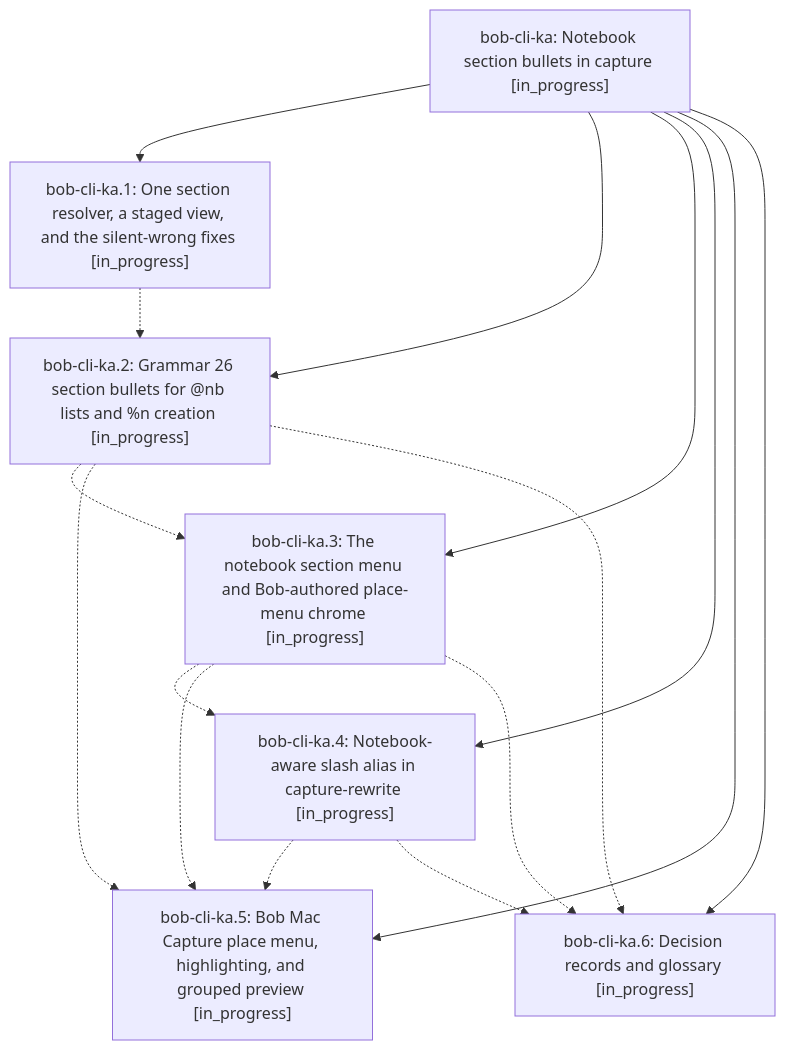
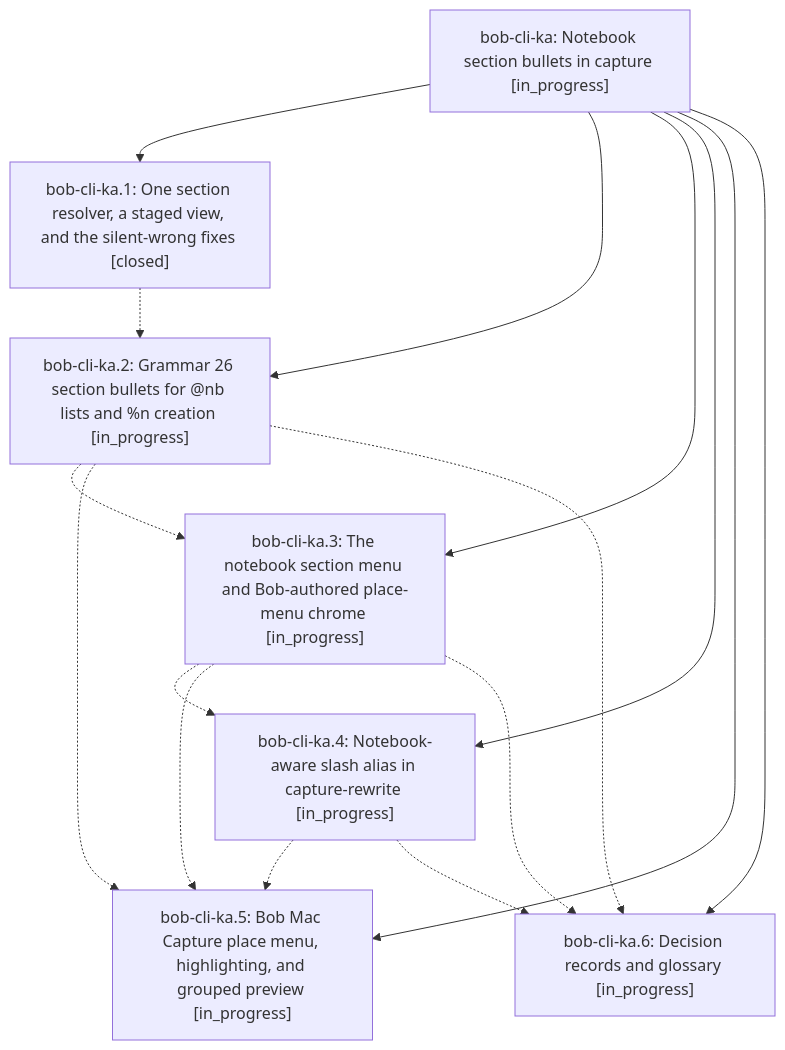
The diagram in pages/bob-cli-ka/README.md (bobs-org/bob-cli--beads), drawn with Mermaid before and after one commit. The commit also changed other lines of this file and 2 other files, not shown here.

First line of the commit message:
chore(beads): sync bead state and pages for bob-cli-ka

````diff
--- a/pages/bob-cli-ka/README.md
+++ b/pages/bob-cli-ka/README.md
@@ -39,25 +39,25 @@
 ```mermaid
 flowchart TD
     n0["bob-cli-ka: Notebook section bullets in capture [in_progress]"]
-    n1["bob-cli-ka.1: One section resolver, a staged view, and the silent-wrong fixes [in_progress]"]
+    n1["bob-cli-ka.1: One section resolver, a staged view, and the silent-wrong fixes [closed]"]
     n2["bob-cli-ka.2: Grammar 26 section bullets for @nb lists and %n creation [in_progress]"]
     n3["bob-cli-ka.3: The notebook section menu and Bob-authored place-menu chrome [in_progress]"]
     n4["bob-cli-ka.4: Notebook-aware slash alias in capture-rewrite [in_progress]"]
     n5["bob-cli-ka.5: Bob Mac Capture place menu, highlighting, and grouped preview [in_progress]"]
     n6["bob-cli-ka.6: Decision records and glossary [in_progress]"]
     n0 --> n1
     n0 --> n2
     n0 --> n3
     n0 --> n4
     n0 --> n5
     n0 --> n6
     n1 -.-> n2
     n2 -.-> n3
     n2 -.-> n5
     n2 -.-> n6
     n3 -.-> n4
     n3 -.-> n5
     n3 -.-> n6
     n4 -.-> n5
     n4 -.-> n6
 ```
````
